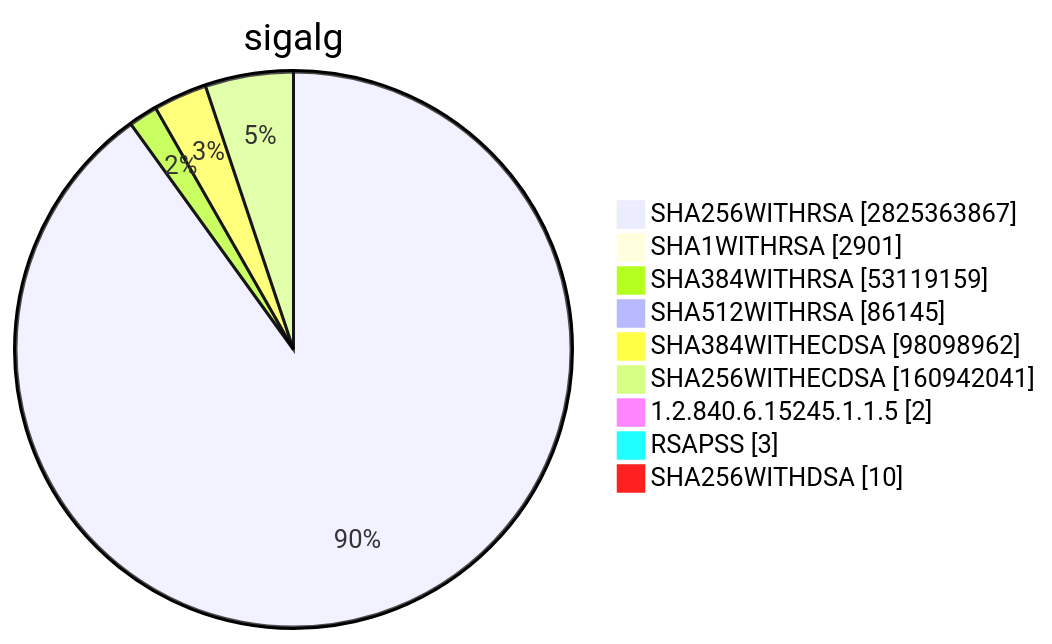
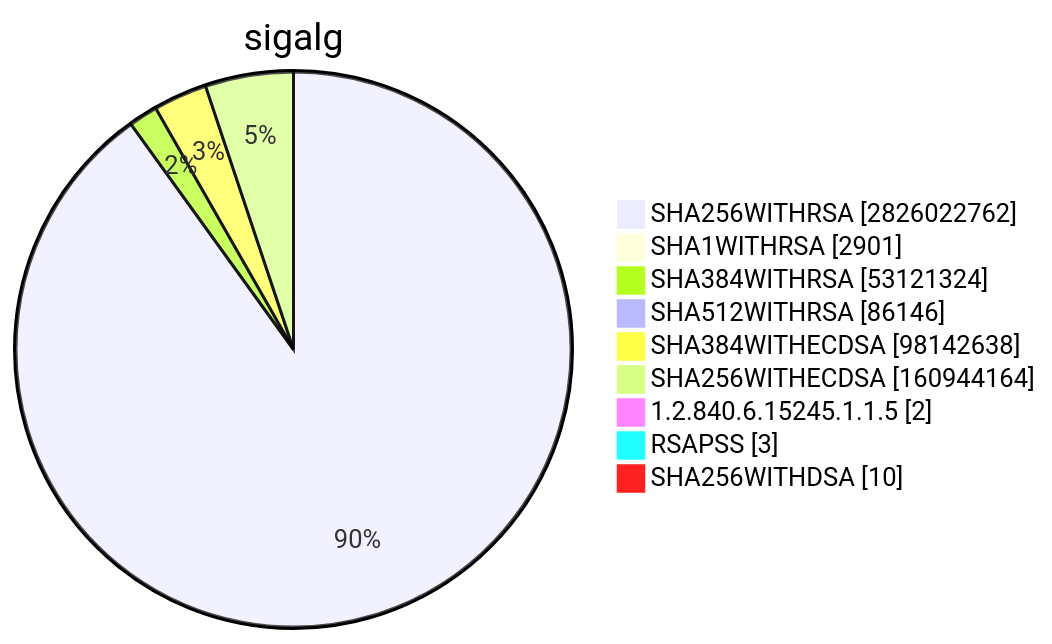
One commit to christiankrug/ctmonitor_visualization changed diagram 15 of 15 in TOTAL/README.md. Above: the diagram before and after it, drawn with Mermaid. The commit also changed other lines of this file, not shown here.

````diff
--- a/TOTAL/README.md
+++ b/TOTAL/README.md
@@ -6207,13 +6207,13 @@
 ```mermaid
 pie showData
 title sigalg
-"SHA256WITHRSA" :2825363867
+"SHA256WITHRSA" :2826022762
 "SHA1WITHRSA" :2901
-"SHA384WITHRSA" :53119159
-"SHA512WITHRSA" :86145
-"SHA384WITHECDSA" :98098962
-"SHA256WITHECDSA" :160942041
+"SHA384WITHRSA" :53121324
+"SHA512WITHRSA" :86146
+"SHA384WITHECDSA" :98142638
+"SHA256WITHECDSA" :160944164
 "1.2.840.6.15245.1.1.5" :2
 "RSAPSS" :3
 "SHA256WITHDSA" :10
 ```
````
